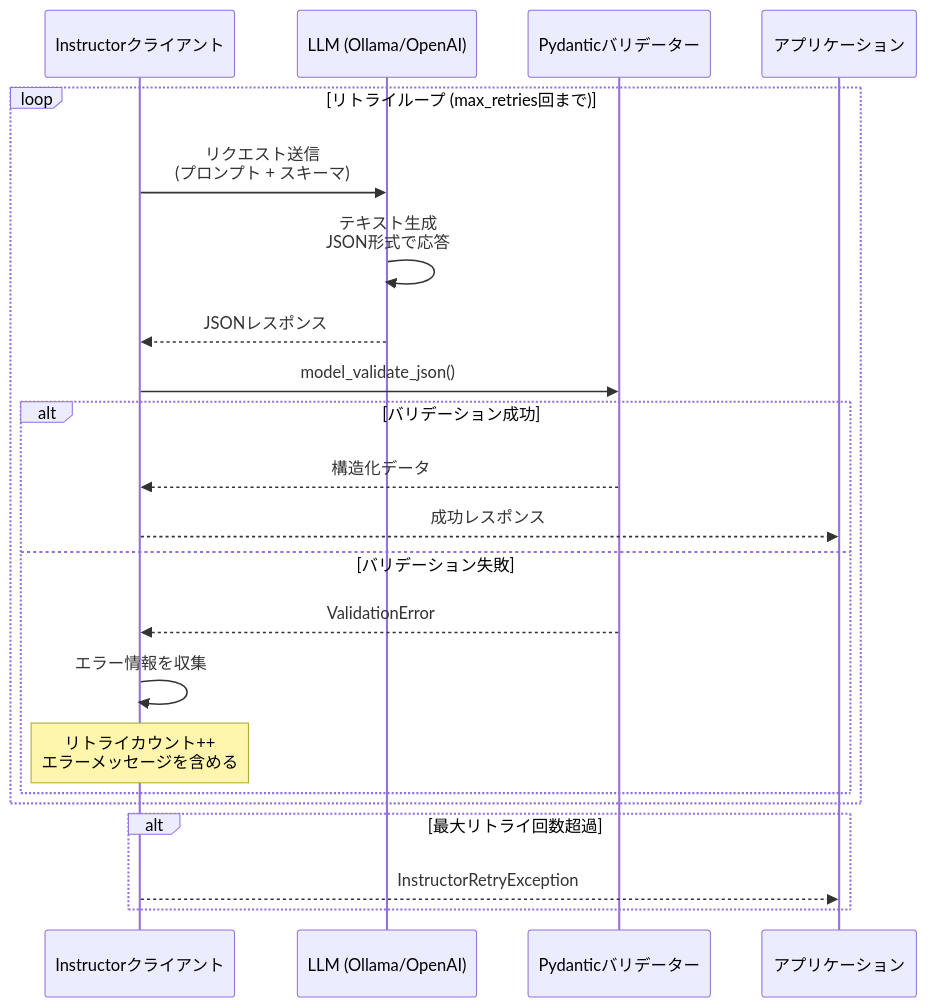
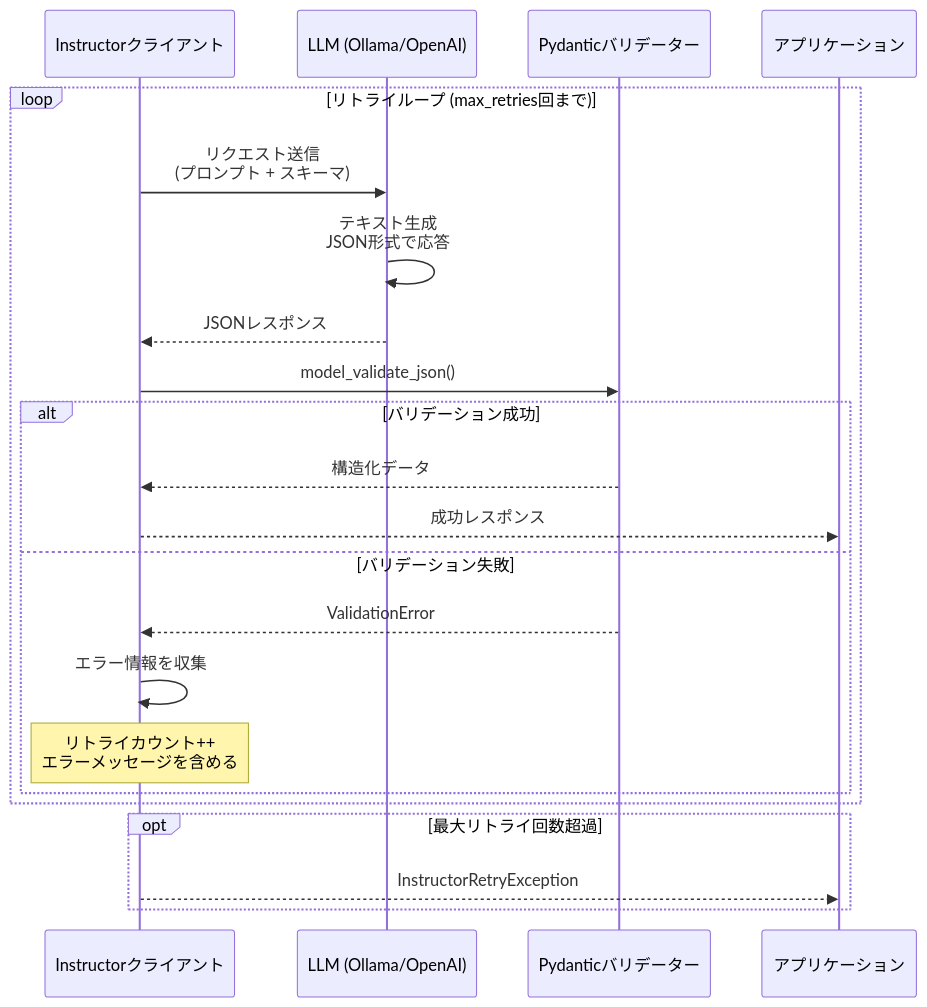
Before and after one commit to hn770123/llm-on-Instructor: the third of 4 diagrams in docs/instructor-flow-diagram.md, drawn with Mermaid.

Commit message:
[修正] Mermaidシーケンス図の構文エラー修正 (alt→opt)

````diff
--- a/docs/instructor-flow-diagram.md
+++ b/docs/instructor-flow-diagram.md
@@ -81,28 +81,28 @@
 ```mermaid
 sequenceDiagram
     participant Instructor as Instructorクライアント
     participant LLM as LLM (Ollama/OpenAI)
     participant Pydantic as Pydanticバリデーター
     participant App as アプリケーション
 
     loop リトライループ (max_retries回まで)
         Instructor->>LLM: リクエスト送信<br/>(プロンプト + スキーマ)
         LLM->>LLM: テキスト生成<br/>JSON形式で応答
         LLM-->>Instructor: JSONレスポンス
 
         Instructor->>Pydantic: model_validate_json()
 
         alt バリデーション成功
             Pydantic-->>Instructor: 構造化データ
             Instructor-->>App: 成功レスポンス
         else バリデーション失敗
             Pydantic-->>Instructor: ValidationError
             Instructor->>Instructor: エラー情報を収集
             Note over Instructor: リトライカウント++<br/>エラーメッセージを含める
         end
     end
 
-    alt 最大リトライ回数超過
+    opt 最大リトライ回数超過
         Instructor-->>App: InstructorRetryException
     end
 ```
````
